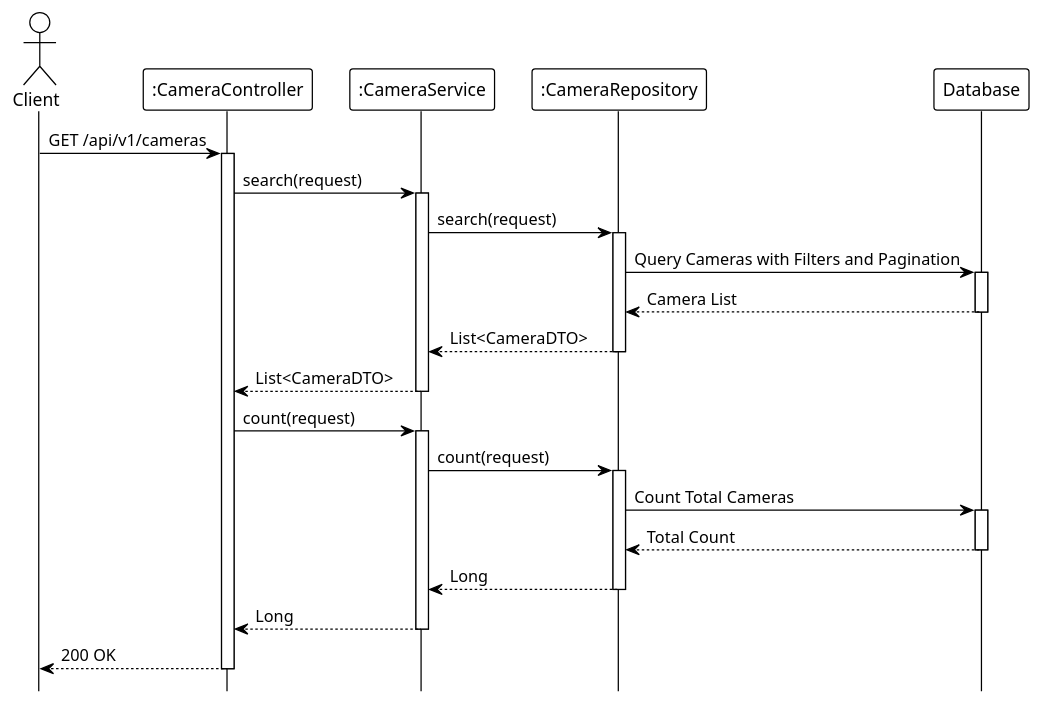
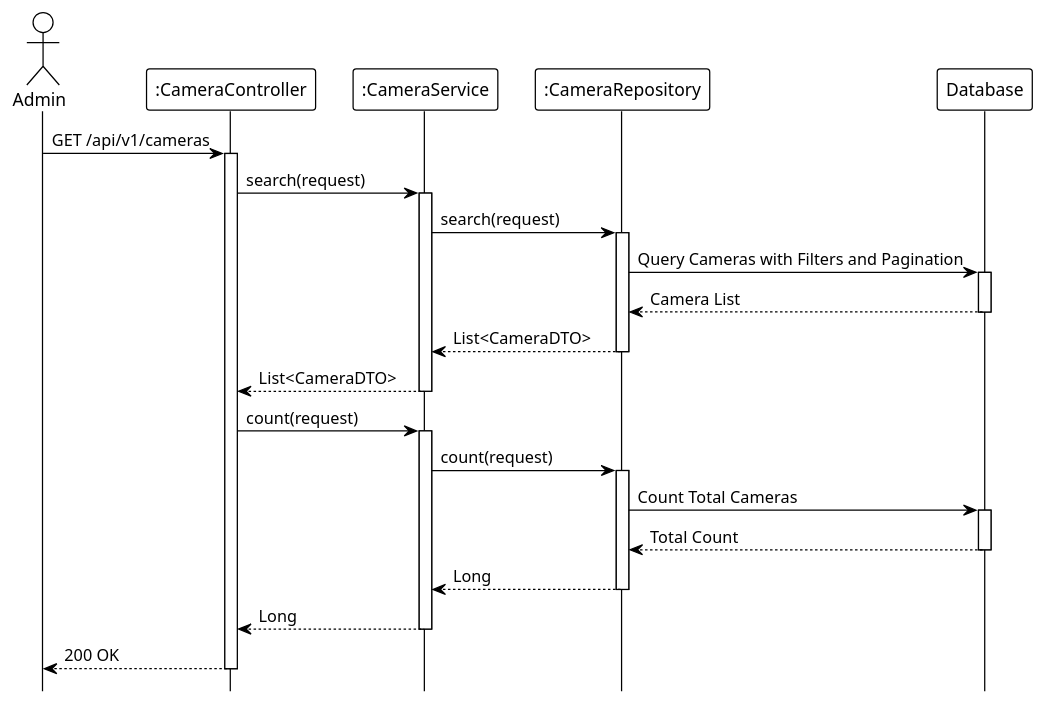
Before and after one commit to Ndh474/context: the diagram in system_detailed_design/61_view_list_camera/sequence_diagram_view_list_camera.puml, drawn with PlantUML. The commit also changed 61 other files, not shown here.

First line of the commit message:
refactor(diagrams): update actor from Client to Admin in sequence diagrams

```diff
--- a/system_detailed_design/61_view_list_camera/sequence_diagram_view_list_camera.puml
+++ b/system_detailed_design/61_view_list_camera/sequence_diagram_view_list_camera.puml
@@ -1,56 +1,56 @@
 @startuml view_list_camera
 !theme plain
 hide footbox
 
-actor Client
+actor Admin
 participant ":CameraController" as Controller
 participant ":CameraService" as Service
 participant ":CameraRepository" as Repository
 participant "Database" as DB
 
 ' --- MAIN FLOW ---
-Client -> Controller: GET /api/v1/cameras
+Admin -> Controller: GET /api/v1/cameras
 activate Controller
 
 Controller -> Service: search(request)
 activate Service
 
 ' --- SEARCH QUERY ---
 Service -> Repository: search(request)
 activate Repository
 
 Repository -> DB: Query Cameras with Filters and Pagination
 activate DB
 DB --> Repository: Camera List
 deactivate DB
 
 Repository --> Service: List<CameraDTO>
 deactivate Repository
 
 Service --> Controller: List<CameraDTO>
 deactivate Service
 
 ' --- COUNT QUERY ---
 Controller -> Service: count(request)
 activate Service
 
 Service -> Repository: count(request)
 activate Repository
 
 Repository -> DB: Count Total Cameras
 activate DB
 DB --> Repository: Total Count
 deactivate DB
 
 Repository --> Service: Long
 deactivate Repository
 
 Service --> Controller: Long
 deactivate Service
 
 ' Build paging response (internal)
 
-Controller --> Client: 200 OK
+Controller --> Admin: 200 OK
 deactivate Controller
 
 @enduml
```
